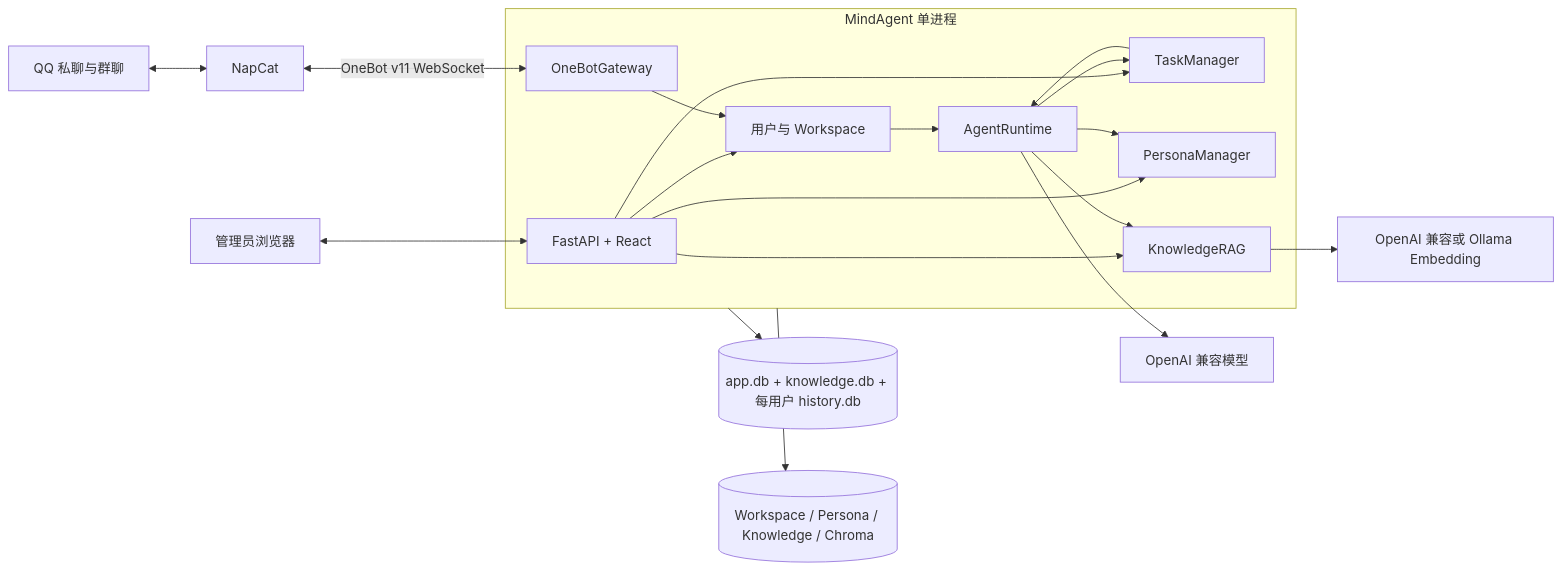
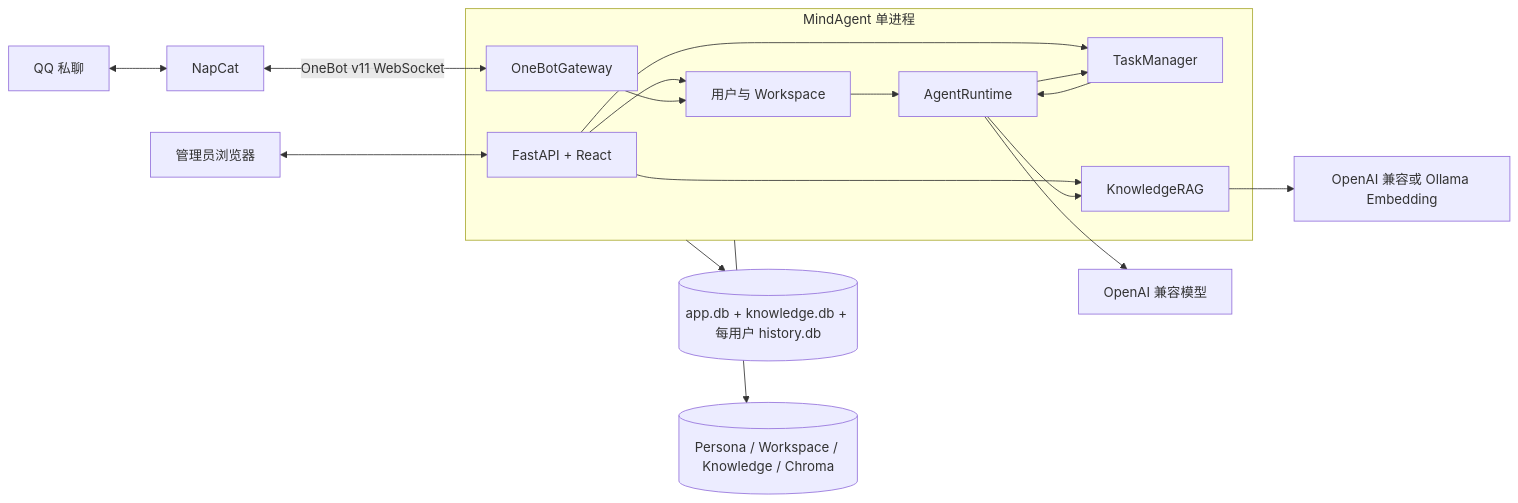
The first of 2 diagrams in docs/design.md (tamakara/mind-agent), drawn with Mermaid before and after one commit. The commit also changed other lines of this file and 3 other files, not shown here.

````diff
--- a/docs/design.md
+++ b/docs/design.md
@@ -38,31 +38,28 @@
 ```mermaid
 flowchart LR
-    QQ[QQ 私聊与群聊] <--> NC[NapCat]
+    QQ[QQ 私聊] <--> NC[NapCat]
     Admin[管理员浏览器] <--> Web[FastAPI + React]
 
     subgraph App[MindAgent 单进程]
         OB[OneBotGateway]
         ID[用户与 Workspace]
         AR[AgentRuntime]
         TM[TaskManager]
-        PM[PersonaManager]
         KB[KnowledgeRAG]
 
         Web --> ID
         Web --> TM
-        Web --> PM
         Web --> KB
         OB --> ID
         ID --> AR
         AR --> TM
-        AR --> PM
         AR --> KB
         TM --> AR
     end
 
     NC <-->|OneBot v11 WebSocket| OB
     App --> DB[(app.db + knowledge.db + 每用户 history.db)]
-    App --> FS[(Workspace / Persona / Knowledge / Chroma)]
+    App --> FS[(Persona / Workspace / Knowledge / Chroma)]
     AR --> LLM[OpenAI 兼容模型]
     KB --> EMB[OpenAI 兼容或 Ollama Embedding]
 ```
````
